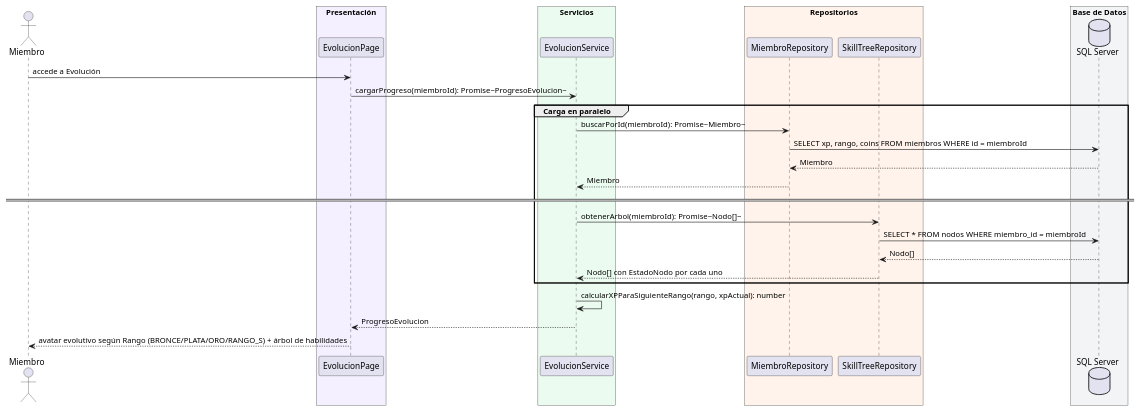
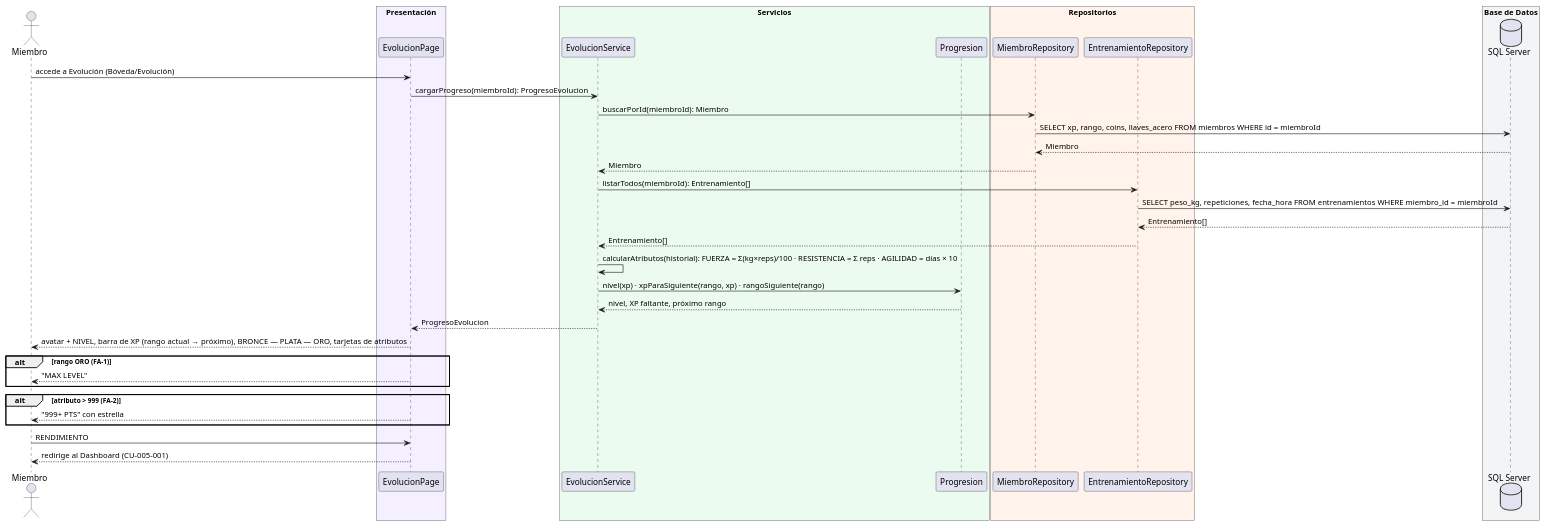
Before and after one commit to nicolassepulveda13/SAP: the fifth of 8 diagrams in silverback/docs/secuencias-cu003-cu004.md, drawn with PlantUML. The commit also changed other lines of this file and 82 other files, not shown here.

````diff
--- a/silverback/docs/secuencias-cu003-cu004.md
+++ b/silverback/docs/secuencias-cu003-cu004.md
@@ -317,43 +319,49 @@
 ```plantuml
 @startuml CU-004-001
 
 actor Miembro
 
 box "Presentación" #F5F0FF
   participant "EvolucionPage" as Page
 end box
 
 box "Servicios" #EBFBF0
   participant "EvolucionService" as Svc
+  participant "Progresion" as Prog
 end box
 
 box "Repositorios" #FFF3EB
   participant "MiembroRepository" as MiembroRepo
-  participant "SkillTreeRepository" as STRepo
+  participant "EntrenamientoRepository" as EntRepo
 end box
 
 box "Base de Datos" #F3F4F6
   database "SQL Server" as DB
 end box
 
-Miembro -> Page: accede a Evolución
-Page -> Svc: cargarProgreso(miembroId): Promise~ProgresoEvolucion~
-
-group Carga en paralelo
-    Svc -> MiembroRepo: buscarPorId(miembroId): Promise~Miembro~
-    MiembroRepo -> DB: SELECT xp, rango, coins FROM miembros WHERE id = miembroId
-    DB --> MiembroRepo: Miembro
-    MiembroRepo --> Svc: Miembro
-== ==
-    Svc -> STRepo: obtenerArbol(miembroId): Promise~Nodo[]~
-    STRepo -> DB: SELECT * FROM nodos WHERE miembro_id = miembroId
-    DB --> STRepo: Nodo[]
-    STRepo --> Svc: Nodo[] con EstadoNodo por cada uno
+Miembro -> Page: accede a Evolución (Bóveda/Evolución)
+Page -> Svc: cargarProgreso(miembroId): ProgresoEvolucion
+Svc -> MiembroRepo: buscarPorId(miembroId): Miembro
+MiembroRepo -> DB: SELECT xp, rango, coins, llaves_acero FROM miembros WHERE id = miembroId
+DB --> MiembroRepo: Miembro
+MiembroRepo --> Svc: Miembro
+Svc -> EntRepo: listarTodos(miembroId): Entrenamiento[]
+EntRepo -> DB: SELECT peso_kg, repeticiones, fecha_hora FROM entrenamientos WHERE miembro_id = miembroId
+DB --> EntRepo: Entrenamiento[]
+EntRepo --> Svc: Entrenamiento[]
+Svc -> Svc: calcularAtributos(historial): FUERZA = Σ(kg×reps)/100 · RESISTENCIA = Σ reps · AGILIDAD = días × 10
+Svc -> Prog: nivel(xp) · xpParaSiguiente(rango, xp) · rangoSiguiente(rango)
+Prog --> Svc: nivel, XP faltante, próximo rango
+Svc --> Page: ProgresoEvolucion
+Page --> Miembro: avatar + NIVEL, barra de XP (rango actual → próximo), BRONCE — PLATA — ORO, tarjetas de atributos
+alt rango ORO (FA-1)
+    Page --> Miembro: "MAX LEVEL"
 end
-
-Svc -> Svc: calcularXPParaSiguienteRango(rango, xpActual): number
-Svc --> Page: ProgresoEvolucion
-Page --> Miembro: avatar evolutivo según Rango (BRONCE/PLATA/ORO/RANGO_S) + árbol de habilidades
+alt atributo > 999 (FA-2)
+    Page --> Miembro: "999+ PTS" con estrella
+end
+Miembro -> Page: RENDIMIENTO
+Page --> Miembro: redirige al Dashboard (CU-005-001)
 
 @enduml
 ```
````
